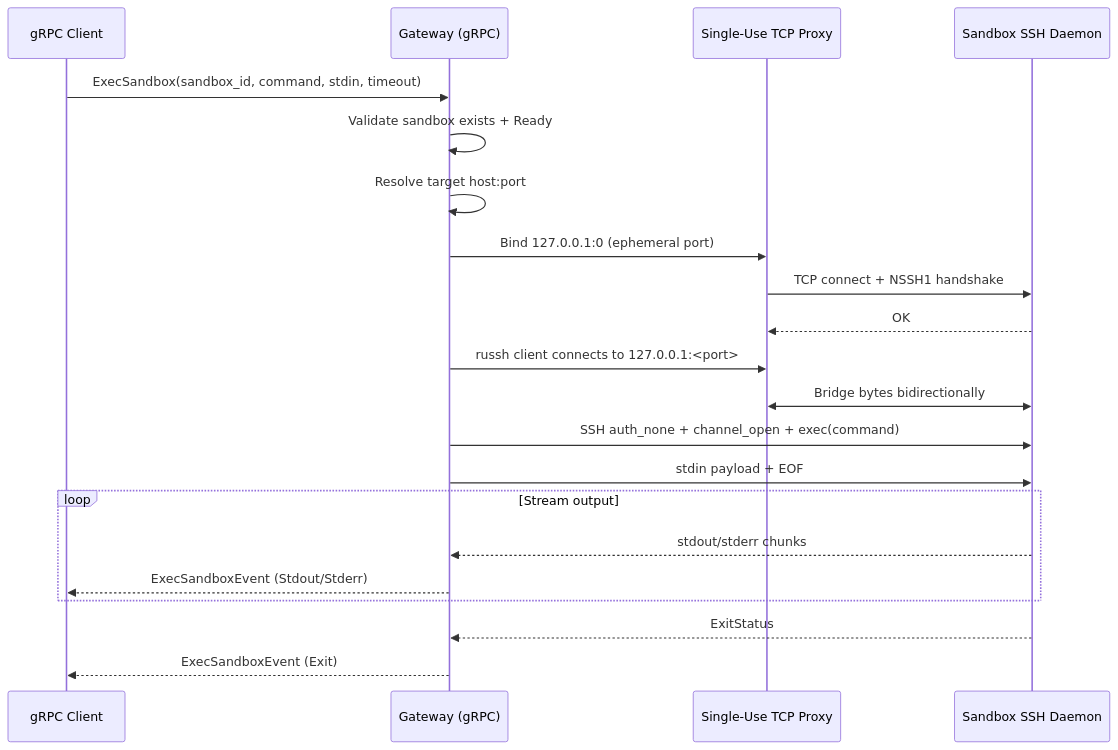
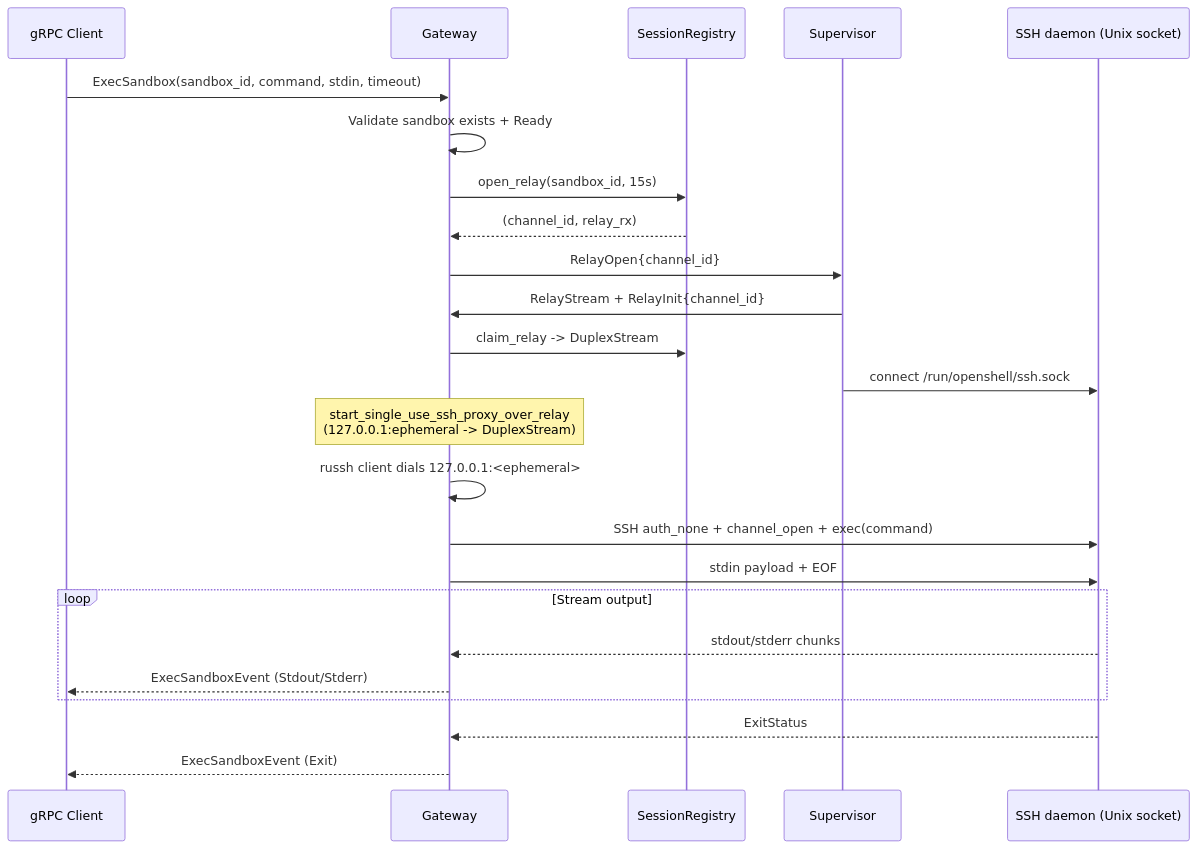
One commit to NVIDIA/OpenShell changed the second of 3 diagrams in architecture/sandbox-connect.md. Above: the diagram before and after it, drawn with Mermaid. The commit also changed other lines of this file and 4 other files, not shown here.

First line of the commit message:
docs(architecture): describe supervisor-initiated relay model and drop historical prose

````diff
--- a/architecture/sandbox-connect.md
+++ b/architecture/sandbox-connect.md
@@ -249,27 +292,32 @@
 ```mermaid
 sequenceDiagram
     participant Client as gRPC Client
-    participant Server as Gateway (gRPC)
-    participant Proxy as Single-Use TCP Proxy
-    participant SSHD as Sandbox SSH Daemon
+    participant GW as Gateway
+    participant Reg as SessionRegistry
+    participant Sup as Supervisor
+    participant SSHD as SSH daemon (Unix socket)
 
-    Client->>Server: ExecSandbox(sandbox_id, command, stdin, timeout)
-    Server->>Server: Validate sandbox exists + Ready
-    Server->>Server: Resolve target host:port
-    Server->>Proxy: Bind 127.0.0.1:0 (ephemeral port)
-    Proxy->>SSHD: TCP connect + NSSH1 handshake
-    SSHD-->>Proxy: OK
+    Client->>GW: ExecSandbox(sandbox_id, command, stdin, timeout)
+    GW->>GW: Validate sandbox exists + Ready
+    GW->>Reg: open_relay(sandbox_id, 15s)
+    Reg-->>GW: (channel_id, relay_rx)
+    GW->>Sup: RelayOpen{channel_id}
 
-    Server->>Proxy: russh client connects to 127.0.0.1:<port>
-    Proxy<<->>SSHD: Bridge bytes bidirectionally
-    Server->>SSHD: SSH auth_none + channel_open + exec(command)
-    Server->>SSHD: stdin payload + EOF
+    Sup->>GW: RelayStream + RelayInit{channel_id}
+    GW->>Reg: claim_relay -> DuplexStream
+    Sup->>SSHD: connect /run/openshell/ssh.sock
+
+    Note over GW: start_single_use_ssh_proxy_over_relay<br/>(127.0.0.1:ephemeral -> DuplexStream)
+
+    GW->>GW: russh client dials 127.0.0.1:<ephemeral>
+    GW->>SSHD: SSH auth_none + channel_open + exec(command)
+    GW->>SSHD: stdin payload + EOF
 
     loop Stream output
-        SSHD-->>Server: stdout/stderr chunks
-        Server-->>Client: ExecSandboxEvent (Stdout/Stderr)
+        SSHD-->>GW: stdout/stderr chunks
+        GW-->>Client: ExecSandboxEvent (Stdout/Stderr)
     end
 
-    SSHD-->>Server: ExitStatus
-    Server-->>Client: ExecSandboxEvent (Exit)
+    SSHD-->>GW: ExitStatus
+    GW-->>Client: ExecSandboxEvent (Exit)
 ```
````
